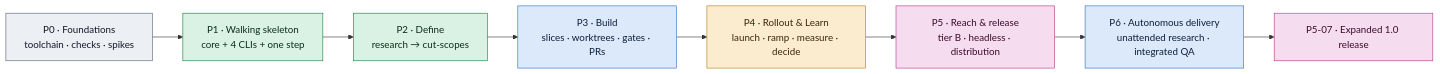
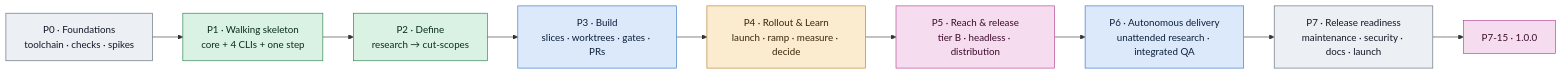
The diagram in roadmap/README.md (dreamingechoes/wholeloop), drawn with Mermaid before and after one commit. The commit also changed other lines of this file and 8 other files, not shown here.

First line of the commit message:
docs(roadmap): add phase 7 for release readiness and the launch

````diff
--- a/roadmap/README.md
+++ b/roadmap/README.md
@@ -21,15 +21,16 @@
 ```mermaid
 flowchart LR
   P0["P0 · Foundations<br/>toolchain · checks · spikes"]:::core --> P1["P1 · Walking skeleton<br/>core + 4 CLIs + one step"]:::define
   P1 --> P2["P2 · Define<br/>research → cut-scopes"]:::define
   P2 --> P3["P3 · Build<br/>slices · worktrees · gates · PRs"]:::build
   P3 --> P4["P4 · Rollout & Learn<br/>launch · ramp · measure · decide"]:::rollout
   P4 --> P5["P5 · Reach & release<br/>tier B · headless · distribution"]:::learn
   P5 --> P6["P6 · Autonomous delivery<br/>unattended research · integrated QA"]:::build
-  P6 --> V1["P5-07 · Expanded 1.0 release"]:::learn
+  P6 --> P7["P7 · Release readiness<br/>maintenance · security · docs · launch"]:::core
+  P7 --> V1["P7-15 · 1.0.0"]:::learn
   classDef core fill:#eceff3,stroke:#5b6573,color:#111827;
   classDef define fill:#d9f2e3,stroke:#1f7a45,color:#0b2e1a;
   classDef build fill:#dce9fb,stroke:#2f6fc4,color:#0b1f3a;
   classDef rollout fill:#fbecd0,stroke:#b7791f,color:#3a2606;
   classDef learn fill:#f6dcef,stroke:#b03a8c,color:#3a0b2c;
 ```
````
